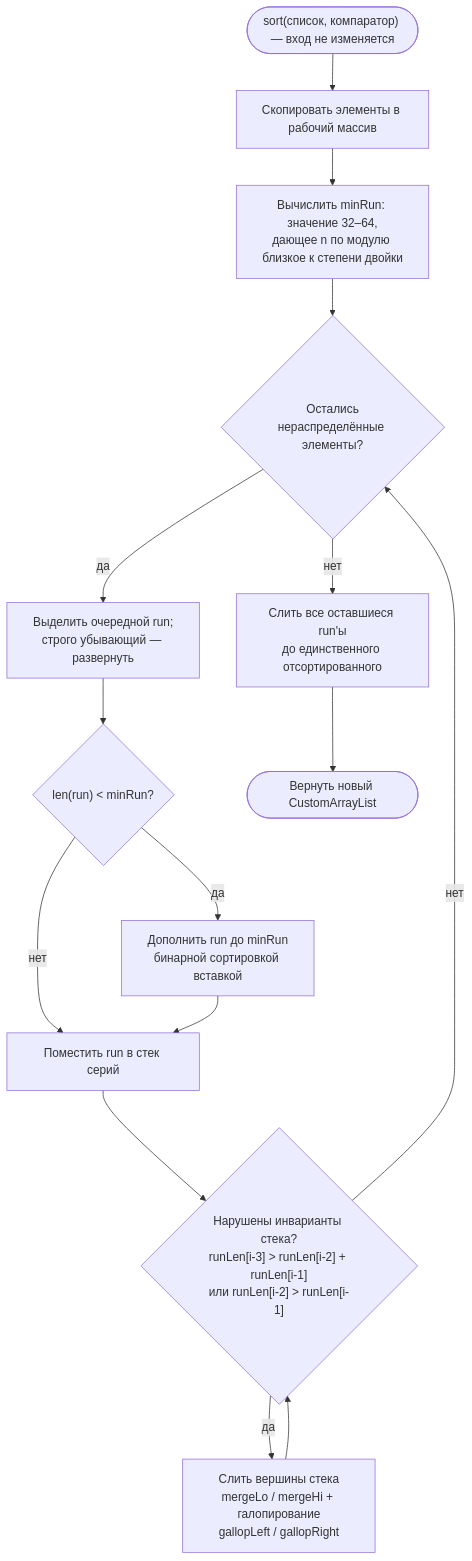
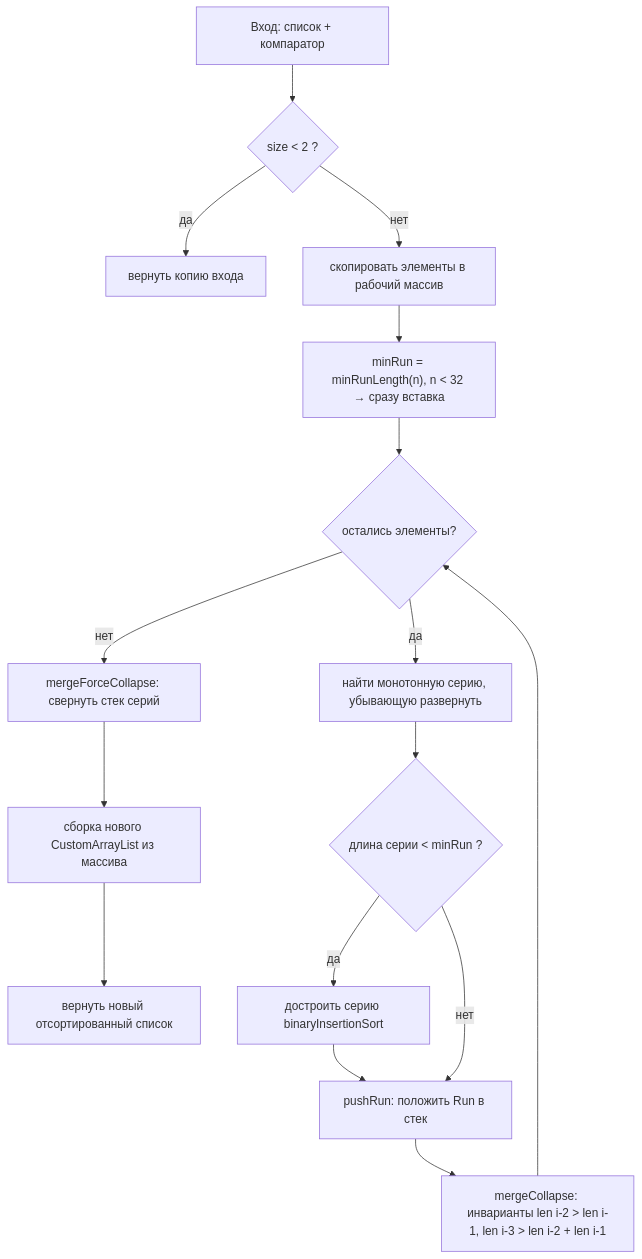
Before and after one commit to AlexanderSLoburev/JavaFinalProject: the eighth of 9 diagrams in docs/architecture.md, drawn with Mermaid. The commit also changed other lines of this file, not shown here.

Commit message:
Rewrite architecture.md doc

````diff
--- a/docs/architecture.md
+++ b/docs/architecture.md
@@ -548,17 +477,18 @@
 ```mermaid
 flowchart TD
-    Start(["sort(список, компаратор) — вход не изменяется"]) --> Copy["Скопировать элементы в рабочий массив"]
-    Copy --> MinRun["Вычислить minRun: значение 32–64,<br/>дающее n по модулю близкое к степени двойки"]
-    MinRun --> Loop{"Остались<br/>нераспределённые элементы?"}
-    Loop -- "да" --> Run["Выделить очередной run;<br/>строго убывающий — развернуть"]
-    Run --> Short{"len(run) &lt; minRun?"}
-    Short -- "да" --> Insert["Дополнить run до minRun<br/>бинарной сортировкой вставкой"]
-    Short -- "нет" --> Push["Поместить run в стек серий"]
-    Insert --> Push
-    Push --> Collapse{"Нарушены инварианты стека?<br/>runLen[i-3] &gt; runLen[i-2] + runLen[i-1]<br/>или runLen[i-2] &gt; runLen[i-1]"}
-    Collapse -- "да" --> Merge["Слить вершины стека<br/>mergeLo / mergeHi + галопирование<br/>gallopLeft / gallopRight"]
-    Merge --> Collapse
-    Collapse -- "нет" --> Loop
-    Loop -- "нет" --> Final["Слить все оставшиеся run'ы<br/>до единственного отсортированного"]
-    Final --> Result(["Вернуть новый CustomArrayList"])
+    A[Вход: список + компаратор] --> B{"size < 2 ?"}
+    B -- да --> Z[вернуть копию входа]
+    B -- нет --> C[скопировать элементы в рабочий массив]
+    C --> D["minRun = minRunLength(n), n < 32 → сразу вставка"]
+    D --> E{остались элементы?}
+    E -- нет --> J[mergeForceCollapse: свернуть стек серий]
+    E -- да --> F[найти монотонную серию, убывающую развернуть]
+    F --> G{"длина серии < minRun ?"}
+    G -- да --> H[достроить серию binaryInsertionSort]
+    G -- нет --> I
+    H --> I[pushRun: положить Run в стек]
+    I --> K["mergeCollapse: инварианты len i-2 > len i-1, len i-3 > len i-2 + len i-1"]
+    K --> E
+    J --> L[сборка нового CustomArrayList из массива]
+    L --> M[вернуть новый отсортированный список]
 ```
````
